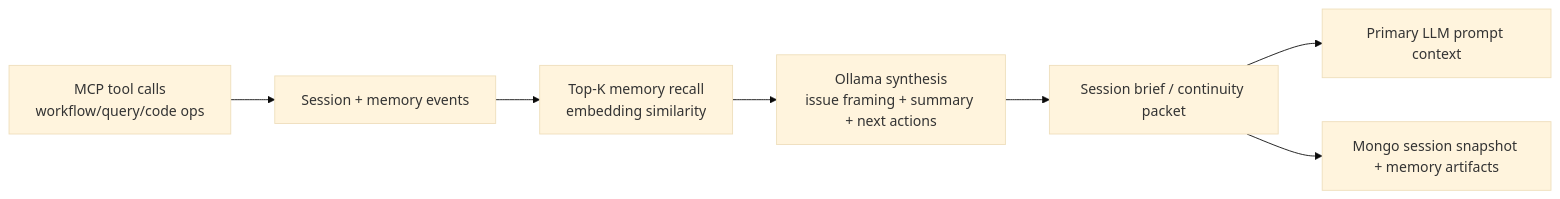
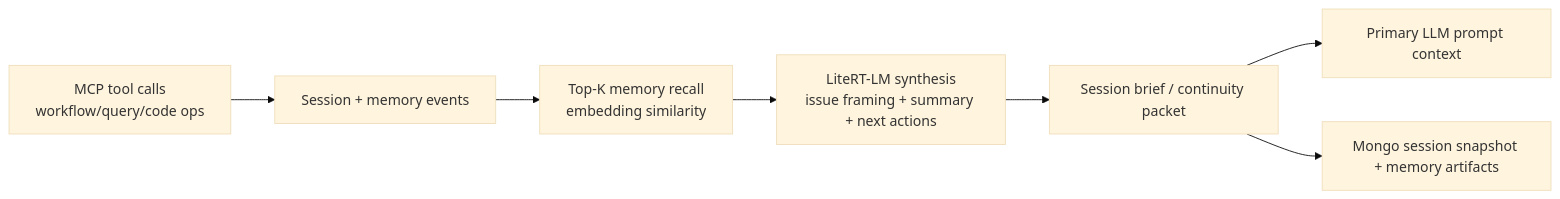
Before and after one commit to hiimtrung/minder: the seventh of 9 diagrams in docs/system-design.md, drawn with Mermaid (base theme). The commit also changed other lines of this file and 26 other files, not shown here.

Commit message:
feat: integrate LiteRT-LM for LLM inference and update container infrastructure with managed Ollama services

````diff
--- a/docs/system-design.md
+++ b/docs/system-design.md
@@ -267,9 +280,9 @@
 ```mermaid
 flowchart LR
     ToolCalls["MCP tool calls<br/>workflow/query/code ops"] --> EventLog["Session + memory events"]
     EventLog --> Recall["Top-K memory recall<br/>embedding similarity"]
-    Recall --> Synth["Ollama synthesis<br/>issue framing + summary + next actions"]
+    Recall --> Synth["LiteRT-LM synthesis<br/>issue framing + summary + next actions"]
     Synth --> Brief["Session brief / continuity packet"]
     Brief --> Primary["Primary LLM prompt context"]
     Brief --> Store["Mongo session snapshot + memory artifacts"]
 ```
````
